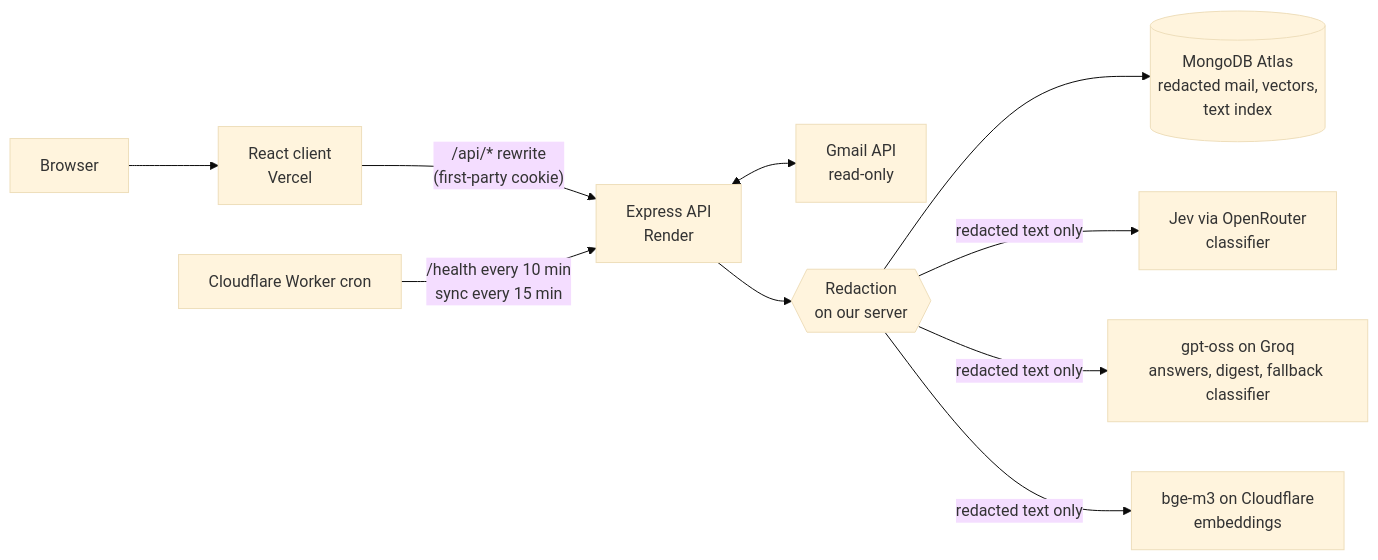
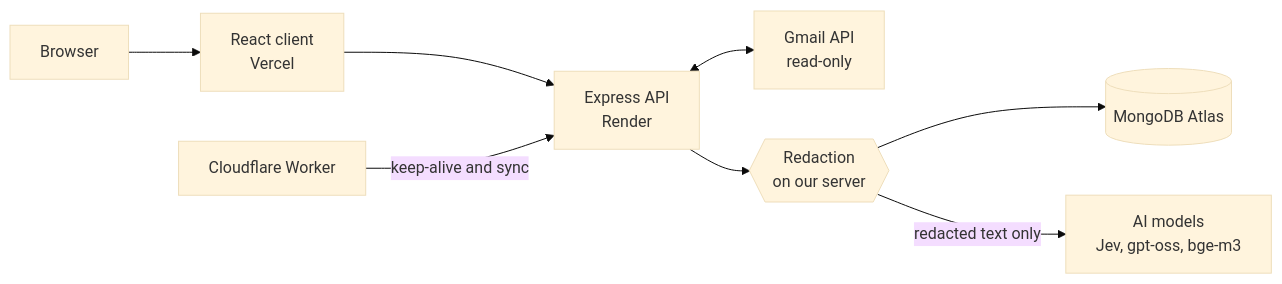
One commit to ayuslharora/mailmind changed the diagram in README.md. Above: the diagram before and after it, drawn with Mermaid (base theme). The commit also changed other lines of this file, not shown here.

````diff
--- a/README.md
+++ b/README.md
@@ -54,12 +39,10 @@
 ```mermaid
 flowchart LR
     U[Browser] --> V[React client<br/>Vercel]
-    V -- "/api/* rewrite<br/>(first-party cookie)" --> A[Express API<br/>Render]
+    V --> A[Express API<br/>Render]
     A <--> G[Gmail API<br/>read-only]
     A --> R{{Redaction<br/>on our server}}
-    R --> DB[(MongoDB Atlas<br/>redacted mail, vectors,<br/>text index)]
-    R -- redacted text only --> J[Jev via OpenRouter<br/>classifier]
-    R -- redacted text only --> Q[gpt-oss on Groq<br/>answers, digest, fallback classifier]
-    R -- redacted text only --> E[bge-m3 on Cloudflare<br/>embeddings]
-    W[Cloudflare Worker cron] -- "/health every 10 min<br/>sync every 15 min" --> A
+    R --> DB[(MongoDB Atlas)]
+    R -- redacted text only --> AI[AI models<br/>Jev, gpt-oss, bge-m3]
+    W[Cloudflare Worker] -- "keep-alive and sync" --> A
 ```
````
